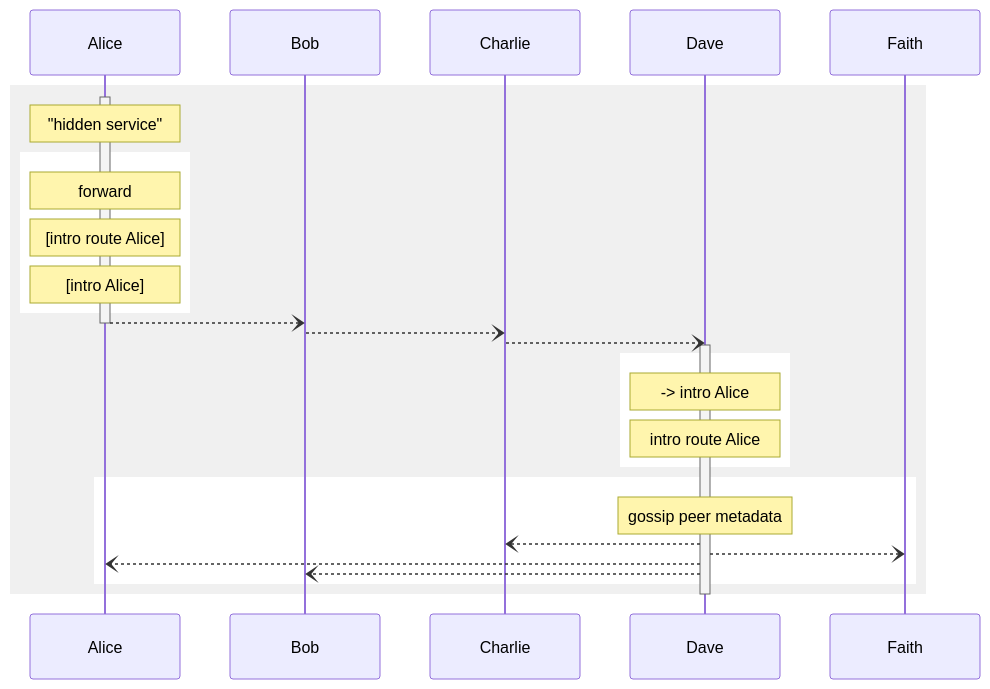
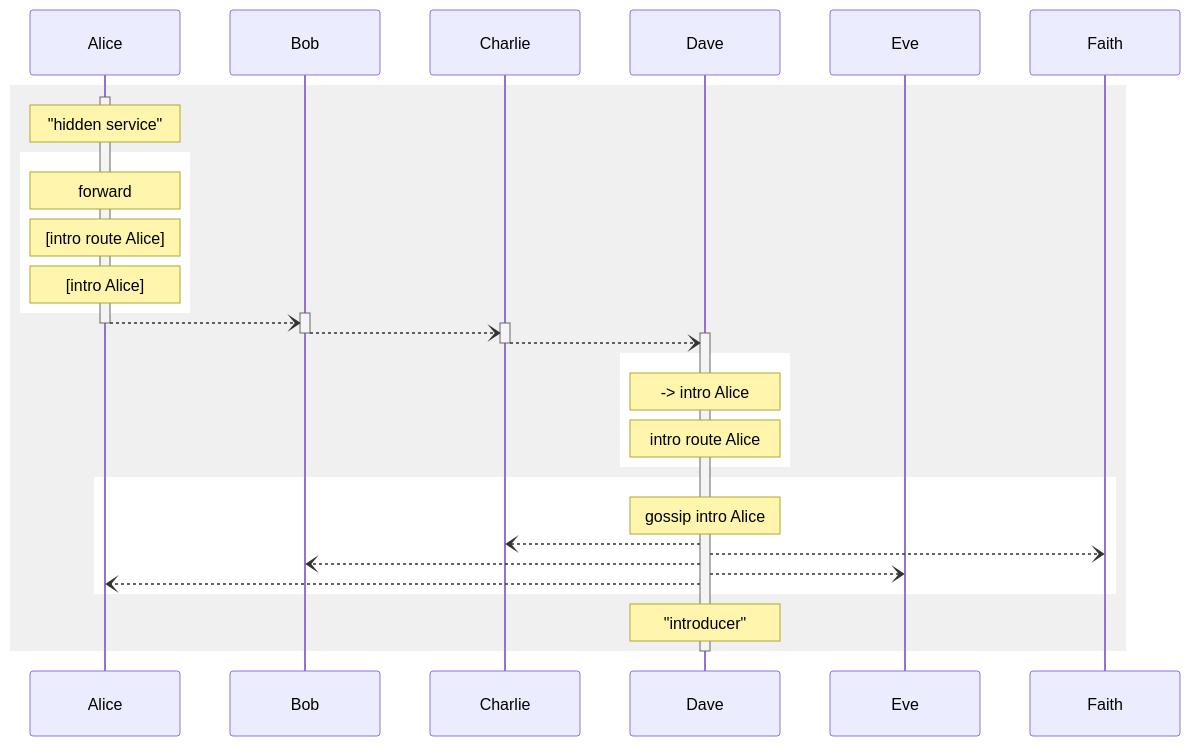
Before and after one commit to indra-labs/indra: the third of 5 diagrams in docs/protocols.md, drawn with Mermaid. The commit also changed other lines of this file, not shown here.

Commit message:
all moved to mermaid

````diff
--- a/docs/protocols.md
+++ b/docs/protocols.md
@@ -205,37 +229,44 @@
 ```mermaid
 sequenceDiagram
 participant Alice
 participant Bob
 participant Charlie
 participant Dave
+participant Eve
 participant Faith
 rect rgb(240, 240, 240)
     activate Alice
     note over Alice: "hidden service"
     rect rgb(255, 255, 255)
         note over Alice: forward
         note over Alice: [intro route Alice]
         note over Alice: [intro Alice]
     end
+    activate Bob
     Alice--)Bob: 
     deactivate Alice
+    activate Charlie
     Bob--)Charlie: 
+    deactivate Bob
+    activate Dave
     Charlie--)Dave: 
-    activate Dave
+    deactivate Charlie
     rect rgb(255, 255, 255)
         note over Dave: -> intro Alice
         note over Dave: intro route Alice
     end
     rect rgb(255, 255, 255)
-    	note over Dave: gossip peer metadata
+    	note over Dave: gossip intro Alice
         Dave--)Charlie: 
         Dave--)Faith: 
+        Dave--)Bob: 
+        Dave--)Eve: 
         Dave--)Alice: 
-        Dave--)Bob: 
     end
+    note over Dave: "introducer"
 end
 deactivate Dave
 
 
 
 ```
````
